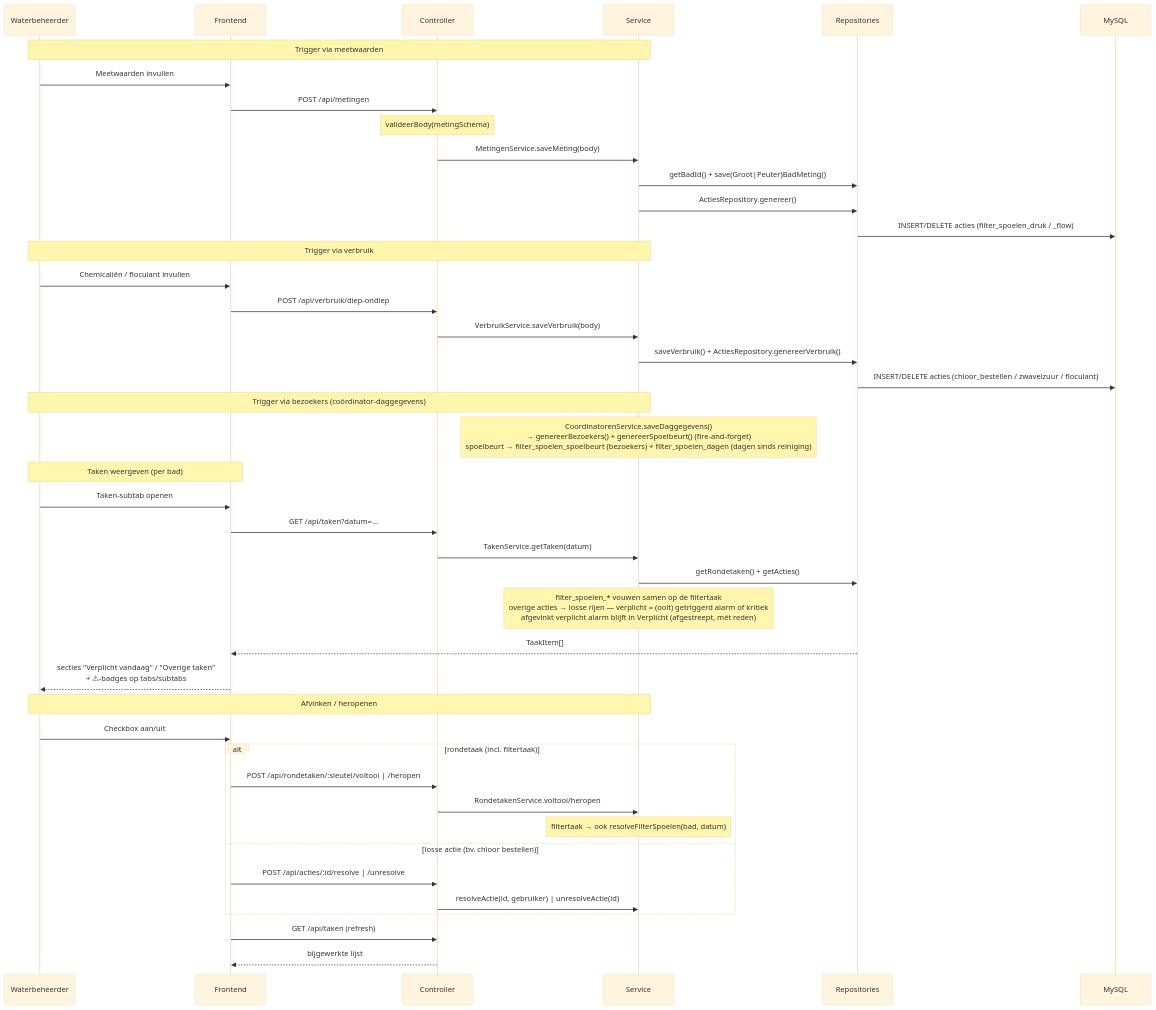
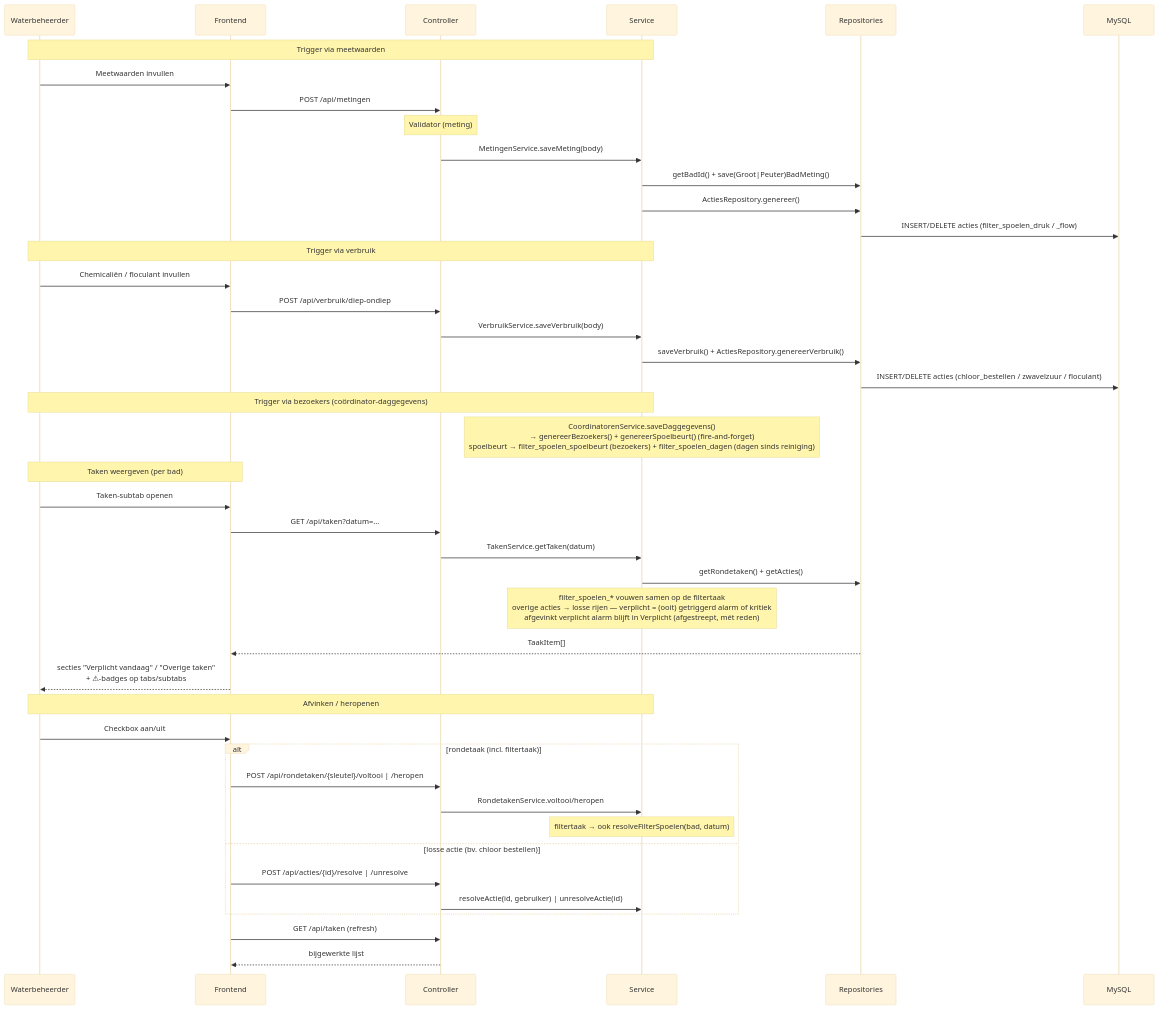
One commit to pjgheijmans/NewSiteWaterbeheerDeBercken changed the second of 3 diagrams in docs/architecture/flows.md. Above: the diagram before and after it, drawn with Mermaid (base theme). The commit also changed other lines of this file and 5 other files, not shown here.

First line of the commit message:
docs: werk architectuurdocs bij naar de PHP-backend

````diff
--- a/docs/architecture/flows.md
+++ b/docs/architecture/flows.md
@@ -73,50 +73,50 @@
 ```mermaid
 sequenceDiagram
     participant WB as Waterbeheerder
     participant FE as Frontend
     participant Ctrl as Controller
     participant Svc as Service
     participant Repo as Repositories
     participant DB as MySQL
 
     Note over WB,Svc: Trigger via meetwaarden
     WB->>FE: Meetwaarden invullen
     FE->>Ctrl: POST /api/metingen
-    Note over Ctrl: valideerBody(metingSchema)
+    Note over Ctrl: Validator (meting)
     Ctrl->>Svc: MetingenService.saveMeting(body)
     Svc->>Repo: getBadId() + save(Groot|Peuter)BadMeting()
     Svc->>Repo: ActiesRepository.genereer()
     Repo->>DB: INSERT/DELETE acties (filter_spoelen_druk / _flow)
 
     Note over WB,Svc: Trigger via verbruik
     WB->>FE: Chemicaliën / floculant invullen
     FE->>Ctrl: POST /api/verbruik/diep-ondiep
     Ctrl->>Svc: VerbruikService.saveVerbruik(body)
     Svc->>Repo: saveVerbruik() + ActiesRepository.genereerVerbruik()
     Repo->>DB: INSERT/DELETE acties (chloor_bestellen / zwavelzuur / floculant)
 
     Note over WB,Svc: Trigger via bezoekers (coördinator-daggegevens)
     Note over Svc: CoordinatorenService.saveDaggegevens()<br/>→ genereerBezoekers() + genereerSpoelbeurt() (fire-and-forget)<br/>spoelbeurt → filter_spoelen_spoelbeurt (bezoekers) + filter_spoelen_dagen (dagen sinds reiniging)
 
     Note over WB,FE: Taken weergeven (per bad)
     WB->>FE: Taken-subtab openen
     FE->>Ctrl: GET /api/taken?datum=...
     Ctrl->>Svc: TakenService.getTaken(datum)
     Svc->>Repo: getRondetaken() + getActies()
     Note over Svc: filter_spoelen_* vouwen samen op de filtertaak<br/>overige acties → losse rijen — verplicht = (ooit) getriggerd alarm of kritiek<br/>afgevinkt verplicht alarm blijft in Verplicht (afgestreept, mét reden)
     Repo-->>FE: TaakItem[]
     FE-->>WB: secties "Verplicht vandaag" / "Overige taken"<br/>+ ⚠-badges op tabs/subtabs
 
     Note over WB,Svc: Afvinken / heropenen
     WB->>FE: Checkbox aan/uit
     alt rondetaak (incl. filtertaak)
-        FE->>Ctrl: POST /api/rondetaken/:sleutel/voltooi | /heropen
+        FE->>Ctrl: POST /api/rondetaken/{sleutel}/voltooi | /heropen
         Ctrl->>Svc: RondetakenService.voltooi/heropen
         Note over Svc: filtertaak → ook resolveFilterSpoelen(bad, datum)
     else losse actie (bv. chloor bestellen)
-        FE->>Ctrl: POST /api/acties/:id/resolve | /unresolve
+        FE->>Ctrl: POST /api/acties/{id}/resolve | /unresolve
         Ctrl->>Svc: resolveActie(id, gebruiker) | unresolveActie(id)
     end
     FE->>Ctrl: GET /api/taken (refresh)
     Ctrl-->>FE: bijgewerkte lijst
 ```
````
